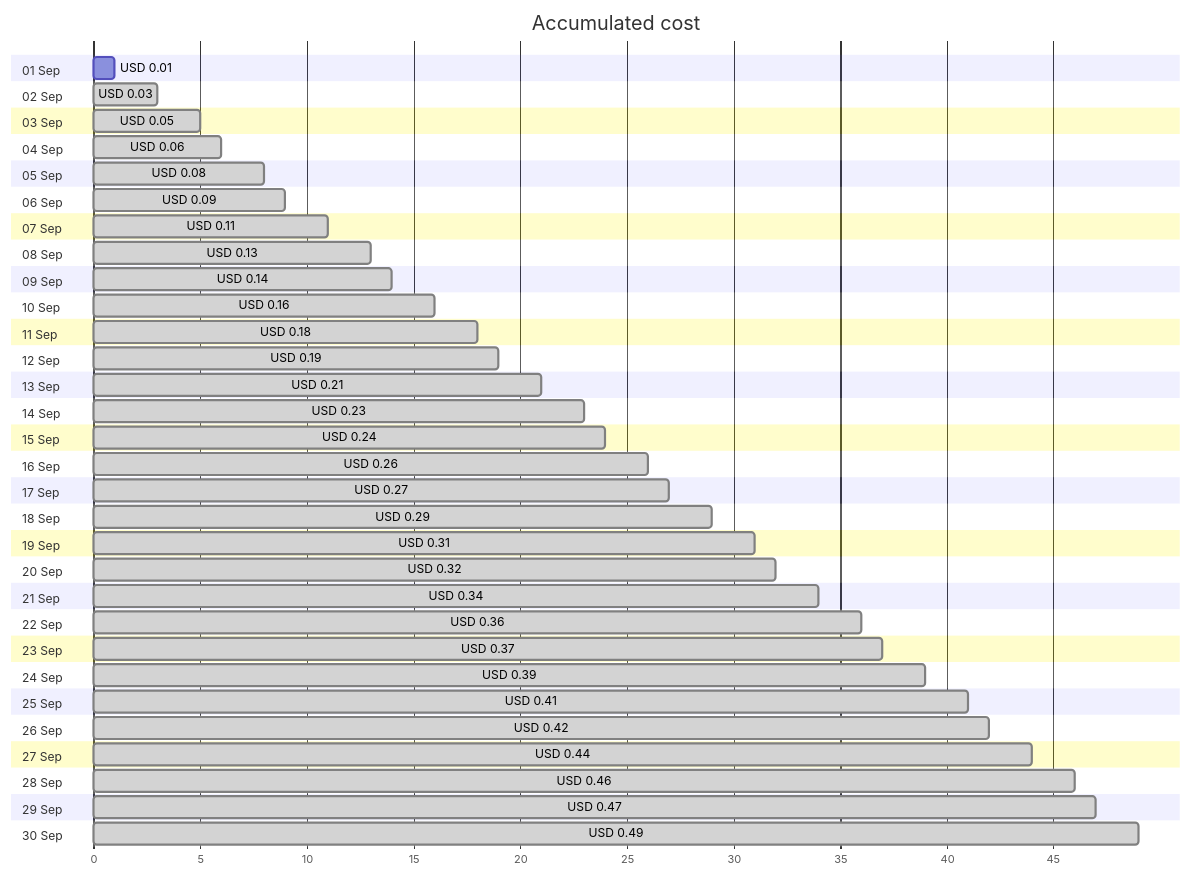
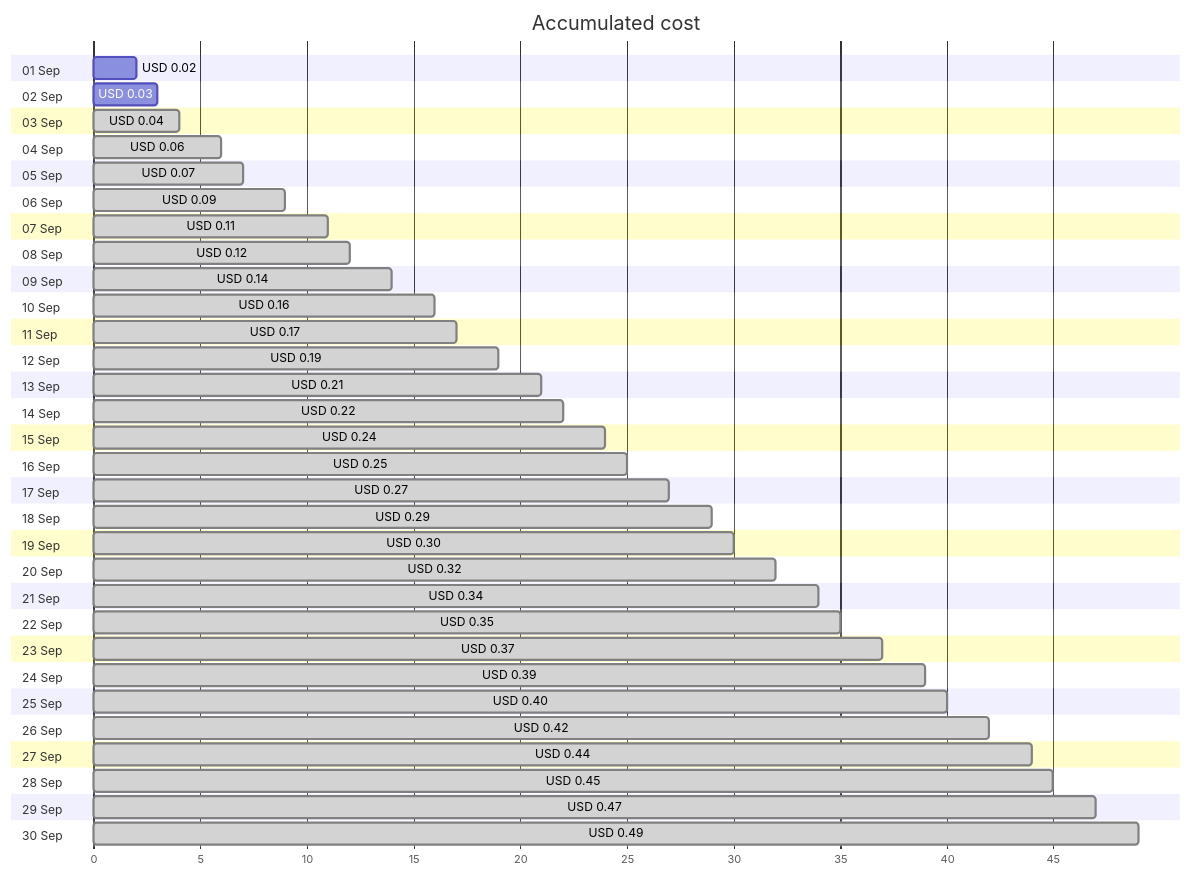
Before and after one commit to jpfulton/azure-personal-reports: the first of 4 diagrams in cost-reports/personal-dns/jpatrickfulton.com.md, drawn with Mermaid. The commit also changed other lines of this file and 2 other files, not shown here.

Commit message:
Generated reports [skip ci]

````diff
--- a/cost-reports/personal-dns/jpatrickfulton.com.md
+++ b/cost-reports/personal-dns/jpatrickfulton.com.md
@@ -20,66 +20,66 @@
 ```mermaid
 gantt
    title Accumulated cost
    dateFormat  X
    axisFormat %s
    section 01 Sep
-   USD 0.01 :0, 1
+   USD 0.02 :0, 2
    section 02 Sep
-   USD 0.03 : done, 0, 3
+   USD 0.03 :0, 3
    section 03 Sep
-   USD 0.05 : done, 0, 5
+   USD 0.04 : done, 0, 4
    section 04 Sep
    USD 0.06 : done, 0, 6
    section 05 Sep
-   USD 0.08 : done, 0, 8
+   USD 0.07 : done, 0, 7
    section 06 Sep
    USD 0.09 : done, 0, 9
    section 07 Sep
    USD 0.11 : done, 0, 11
    section 08 Sep
-   USD 0.13 : done, 0, 13
+   USD 0.12 : done, 0, 12
    section 09 Sep
    USD 0.14 : done, 0, 14
    section 10 Sep
    USD 0.16 : done, 0, 16
    section 11 Sep
-   USD 0.18 : done, 0, 18
+   USD 0.17 : done, 0, 17
    section 12 Sep
    USD 0.19 : done, 0, 19
    section 13 Sep
    USD 0.21 : done, 0, 21
    section 14 Sep
-   USD 0.23 : done, 0, 23
+   USD 0.22 : done, 0, 22
    section 15 Sep
    USD 0.24 : done, 0, 24
    section 16 Sep
-   USD 0.26 : done, 0, 26
+   USD 0.25 : done, 0, 25
    section 17 Sep
    USD 0.27 : done, 0, 27
    section 18 Sep
    USD 0.29 : done, 0, 29
    section 19 Sep
-   USD 0.31 : done, 0, 31
+   USD 0.30 : done, 0, 30
    section 20 Sep
    USD 0.32 : done, 0, 32
    section 21 Sep
    USD 0.34 : done, 0, 34
    section 22 Sep
-   USD 0.36 : done, 0, 36
+   USD 0.35 : done, 0, 35
    section 23 Sep
    USD 0.37 : done, 0, 37
    section 24 Sep
    USD 0.39 : done, 0, 39
    section 25 Sep
-   USD 0.41 : done, 0, 41
+   USD 0.40 : done, 0, 40
    section 26 Sep
    USD 0.42 : done, 0, 42
    section 27 Sep
    USD 0.44 : done, 0, 44
    section 28 Sep
-   USD 0.46 : done, 0, 46
+   USD 0.45 : done, 0, 45
    section 29 Sep
    USD 0.47 : done, 0, 47
    section 30 Sep
    USD 0.49 : done, 0, 49
 ```
````
